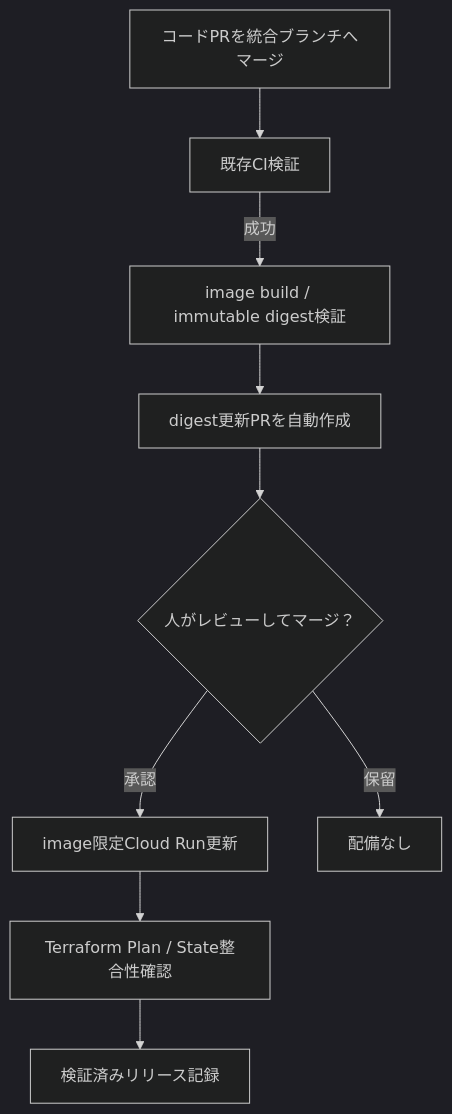
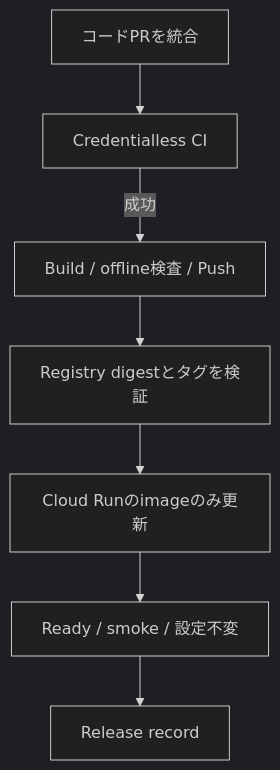
The diagram in docs/mypage/release/backend-ci.md (kani3camp/youtube-study-space), drawn with Mermaid (dark theme) before and after one commit. The commit also changed other lines of this file, not shown here.

Commit message:
docs(mypage): replace digest PR and Terraform release steps with CI/CD ownership

````diff
--- a/docs/mypage/release/backend-ci.md
+++ b/docs/mypage/release/backend-ci.md
@@ -36,11 +31,9 @@
 ```mermaid
 flowchart TD
-    A["コードPRを統合ブランチへマージ"] --> B["既存CI検証"]
-    B -->|成功| C["image build / immutable digest検証"]
-    C --> D["digest更新PRを自動作成"]
-    D --> E{"人がレビューしてマージ？"}
-    E -->|承認| F["image限定Cloud Run更新"]
-    F --> G["Terraform Plan / State整合性確認"]
-    G --> H["検証済みリリース記録"]
-    E -->|保留| I["配備なし"]
+    A[コードPRを統合] --> B[Credentialless CI]
+    B -->|成功| C[Build / offline検査 / Push]
+    C --> D[Registry digestとタグを検証]
+    D --> E[Cloud Runのimageのみ更新]
+    E --> F[Ready / smoke / 設定不変]
+    F --> G[Release record]
 ```
````
